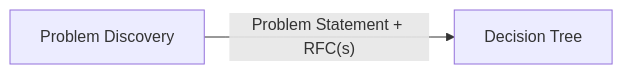
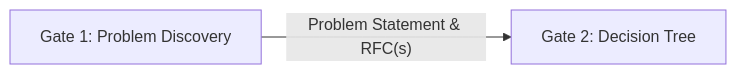
One commit to vusense/command-center changed the diagram in README.md. Above: the diagram before and after it, drawn with Mermaid. The commit also changed other lines of this file and 46 other files, not shown here.

Commit message:
Remove obsolete Decision Tree, Operating Model, and Policies & Procedures documentation to streamline repository and improve clarity. Update README to reflect new structure and provide clearer navigation for the executive decision-making framework.

````diff
--- a/README.md
+++ b/README.md
@@ -18,6 +20,6 @@
 ```mermaid
 flowchart LR
-  PD[Problem Discovery]
-  DT[Decision Tree]
-  PD -->|"Problem Statement + RFC(s)"| DT
+  G1[Gate 1: Problem Discovery]
+  G2[Gate 2: Decision Tree]
+  G1 -->|"Problem Statement & RFC(s)"| G2
 ```
````
